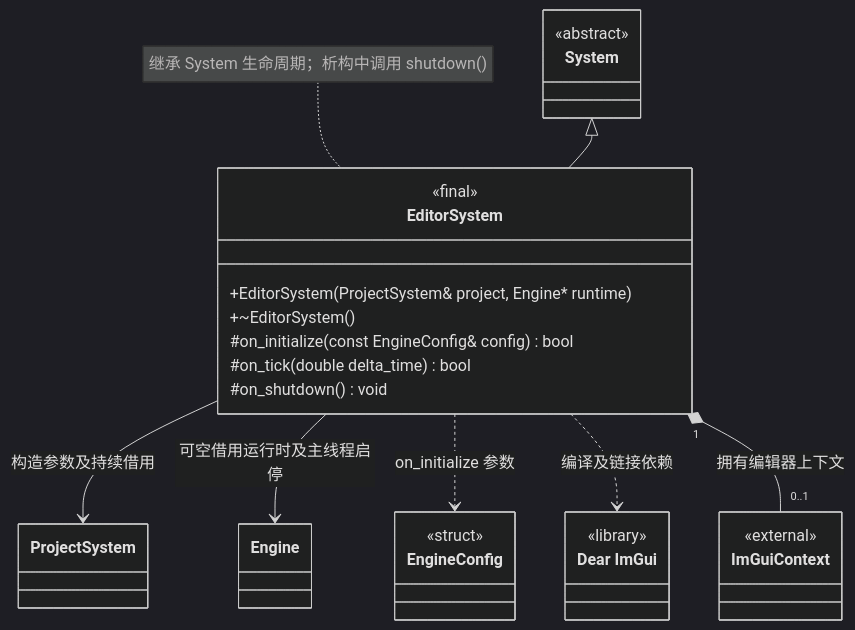
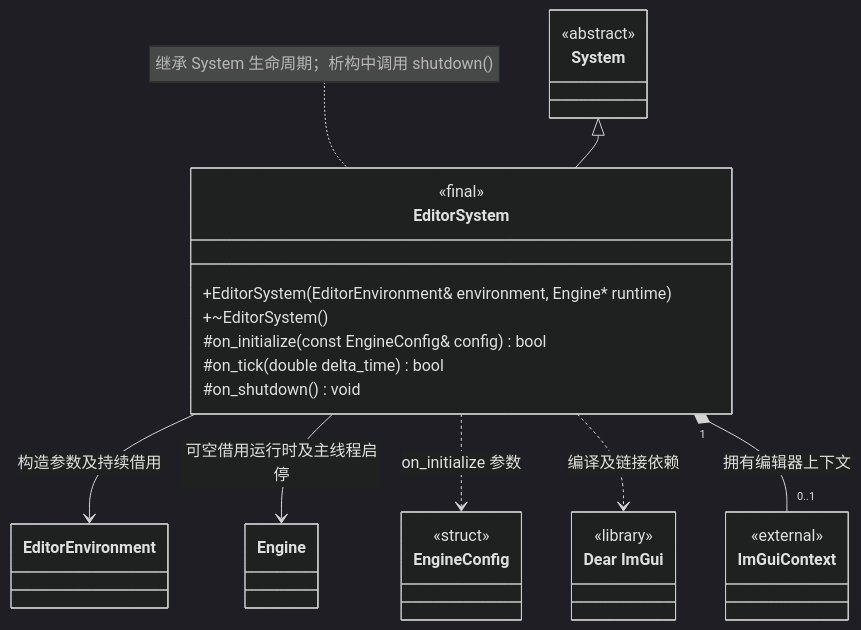
One commit to lcals/Engine changed the diagram in docs/editor/class-diagrams/editor-system.md. Above: the diagram before and after it, drawn with Mermaid (dark theme). The commit also changed other lines of this file and 93 other files, not shown here.

````diff
--- a/docs/editor/class-diagrams/editor-system.md
+++ b/docs/editor/class-diagrams/editor-system.md
@@ -7,33 +7,33 @@
 ```mermaid
 classDiagram
     direction TB
     class EditorSystem {
         <<final>>
-        +EditorSystem(ProjectSystem& project, Engine* runtime)
+        +EditorSystem(EditorEnvironment& environment, Engine* runtime)
         +~EditorSystem()
         #on_initialize(const EngineConfig& config) bool
         #on_tick(double delta_time) bool
         #on_shutdown() void
     }
     class System {
         <<abstract>>
     }
     class EngineConfig {
         <<struct>>
     }
-    class ProjectSystem
+    class EditorEnvironment
     class Engine
     class DearImGui["Dear ImGui"] {
         <<library>>
     }
     class ImGuiContext {
         <<external>>
     }
     System <|-- EditorSystem
-    EditorSystem --> ProjectSystem : 构造参数及持续借用
+    EditorSystem --> EditorEnvironment : 构造参数及持续借用
     EditorSystem --> Engine : 可空借用运行时及主线程启停
     EditorSystem ..> EngineConfig : on_initialize 参数
     EditorSystem ..> DearImGui : 编译及链接依赖
     EditorSystem "1" *-- "0..1" ImGuiContext : 拥有编辑器上下文
     note for EditorSystem "继承 System 生命周期；析构中调用 shutdown()"
 ```
````
